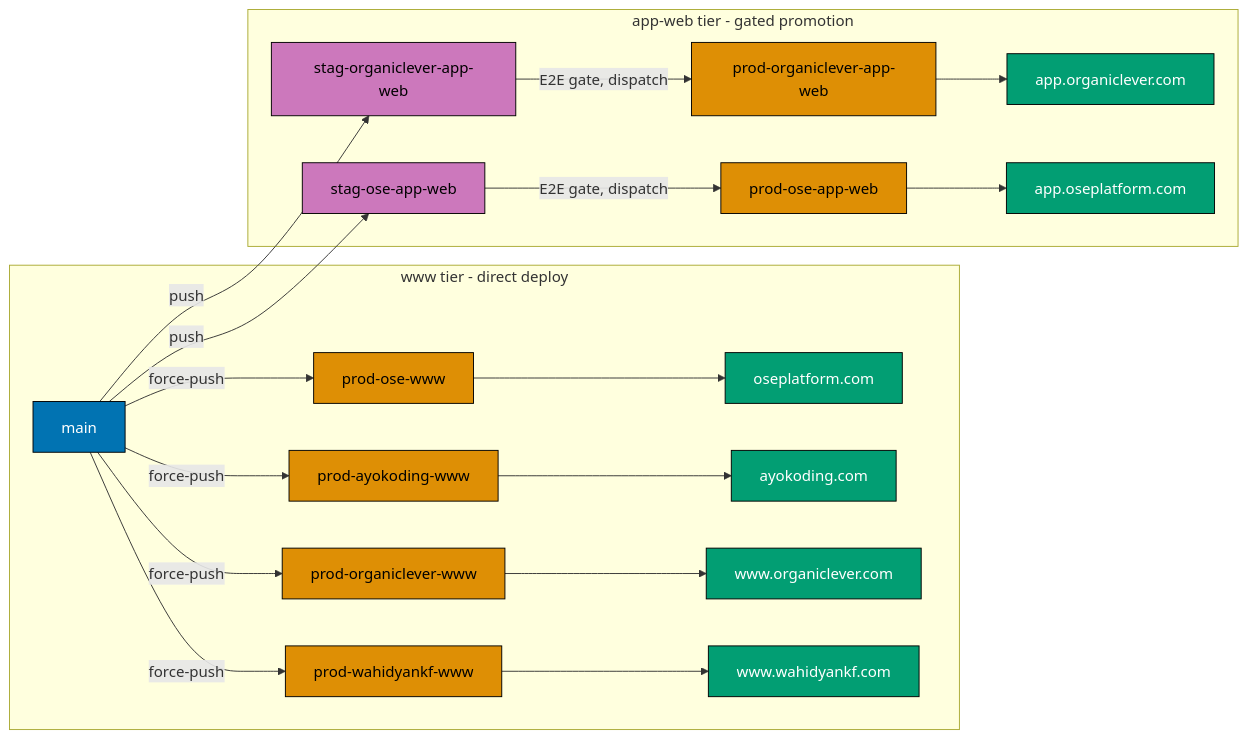
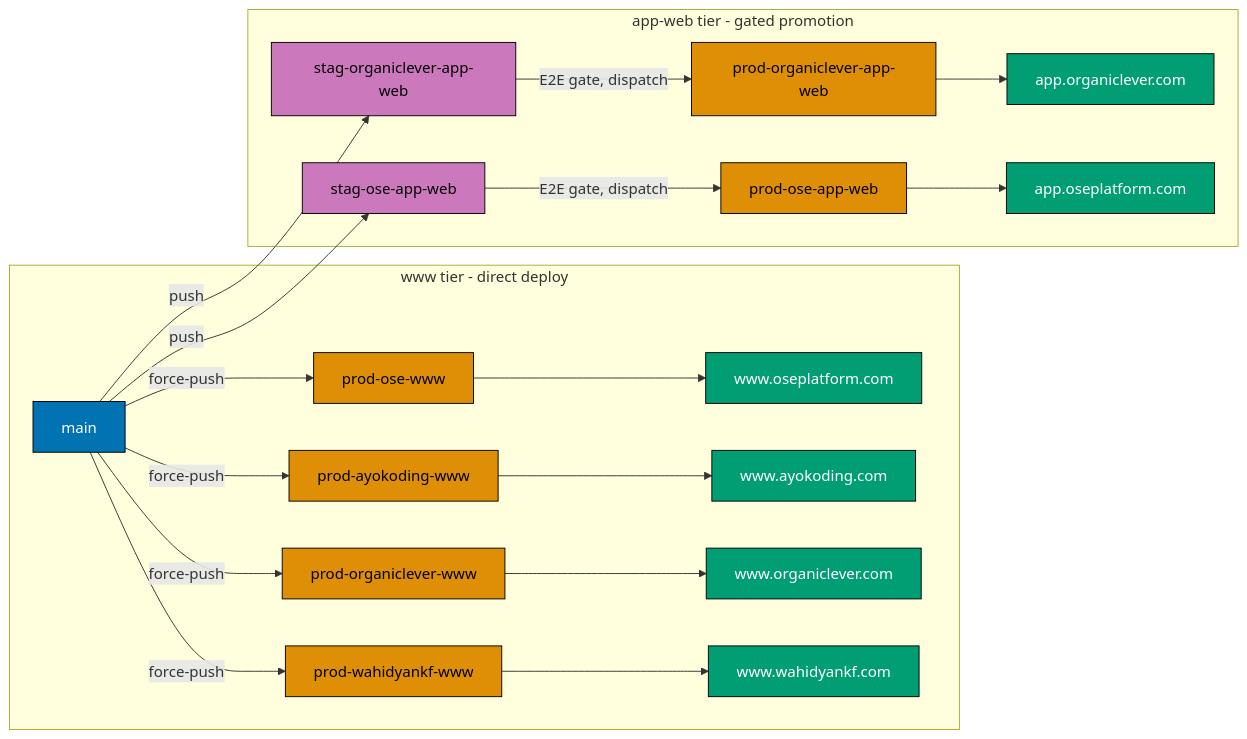
The diagram in plans/in-progress/wire-vercel-www-app-cutover/tech-docs.md (wahidyankf/baseerah), drawn with Mermaid before and after one commit. The commit also changed other lines of this file and 3 other files, not shown here.

````diff
--- a/plans/in-progress/wire-vercel-www-app-cutover/tech-docs.md
+++ b/plans/in-progress/wire-vercel-www-app-cutover/tech-docs.md
@@ -25,29 +25,29 @@
 ```mermaid
 flowchart LR
     subgraph www [www tier - direct deploy]
-      M1[main] -->|force-push| POW[prod-ose-www] --> D1[oseplatform.com]
-      M1 -->|force-push| PAW[prod-ayokoding-www] --> D2[ayokoding.com]
+      M1[main] -->|force-push| POW[prod-ose-www] --> D1[www.oseplatform.com]
+      M1 -->|force-push| PAW[prod-ayokoding-www] --> D2[www.ayokoding.com]
       M1 -->|force-push| POLW[prod-organiclever-www] --> D3[www.organiclever.com]
       M1 -->|force-push| PWW[prod-wahidyankf-www] --> D4[www.wahidyankf.com]
     end
     subgraph app [app-web tier - gated promotion]
       M1 -->|push| SOL[stag-organiclever-app-web] -->|E2E gate, dispatch| POLA[prod-organiclever-app-web] --> D5[app.organiclever.com]
       M1 -->|push| SOSE[stag-ose-app-web] -->|E2E gate, dispatch| POSA[prod-ose-app-web] --> D6[app.oseplatform.com]
     end
 
     style M1 fill:#0173B2,stroke:#000,color:#FFF
     style POW fill:#DE8F05,stroke:#000,color:#000
     style PAW fill:#DE8F05,stroke:#000,color:#000
     style POLW fill:#DE8F05,stroke:#000,color:#000
     style PWW fill:#DE8F05,stroke:#000,color:#000
     style SOL fill:#CC78BC,stroke:#000,color:#000
     style SOSE fill:#CC78BC,stroke:#000,color:#000
     style POLA fill:#DE8F05,stroke:#000,color:#000
     style POSA fill:#DE8F05,stroke:#000,color:#000
     style D1 fill:#029E73,stroke:#000,color:#FFF
     style D2 fill:#029E73,stroke:#000,color:#FFF
     style D3 fill:#029E73,stroke:#000,color:#FFF
     style D4 fill:#029E73,stroke:#000,color:#FFF
     style D5 fill:#029E73,stroke:#000,color:#FFF
     style D6 fill:#029E73,stroke:#000,color:#FFF
 ```
````
